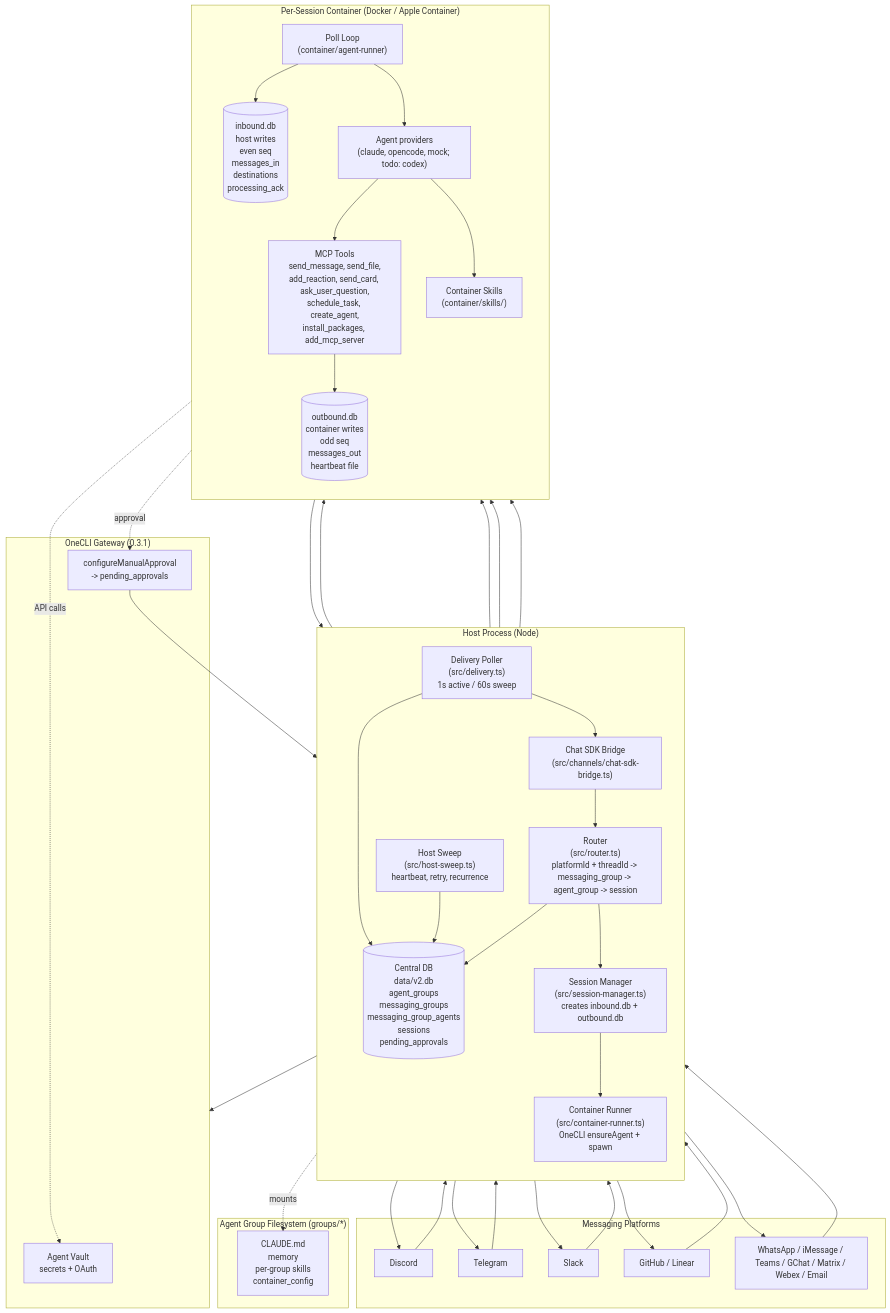
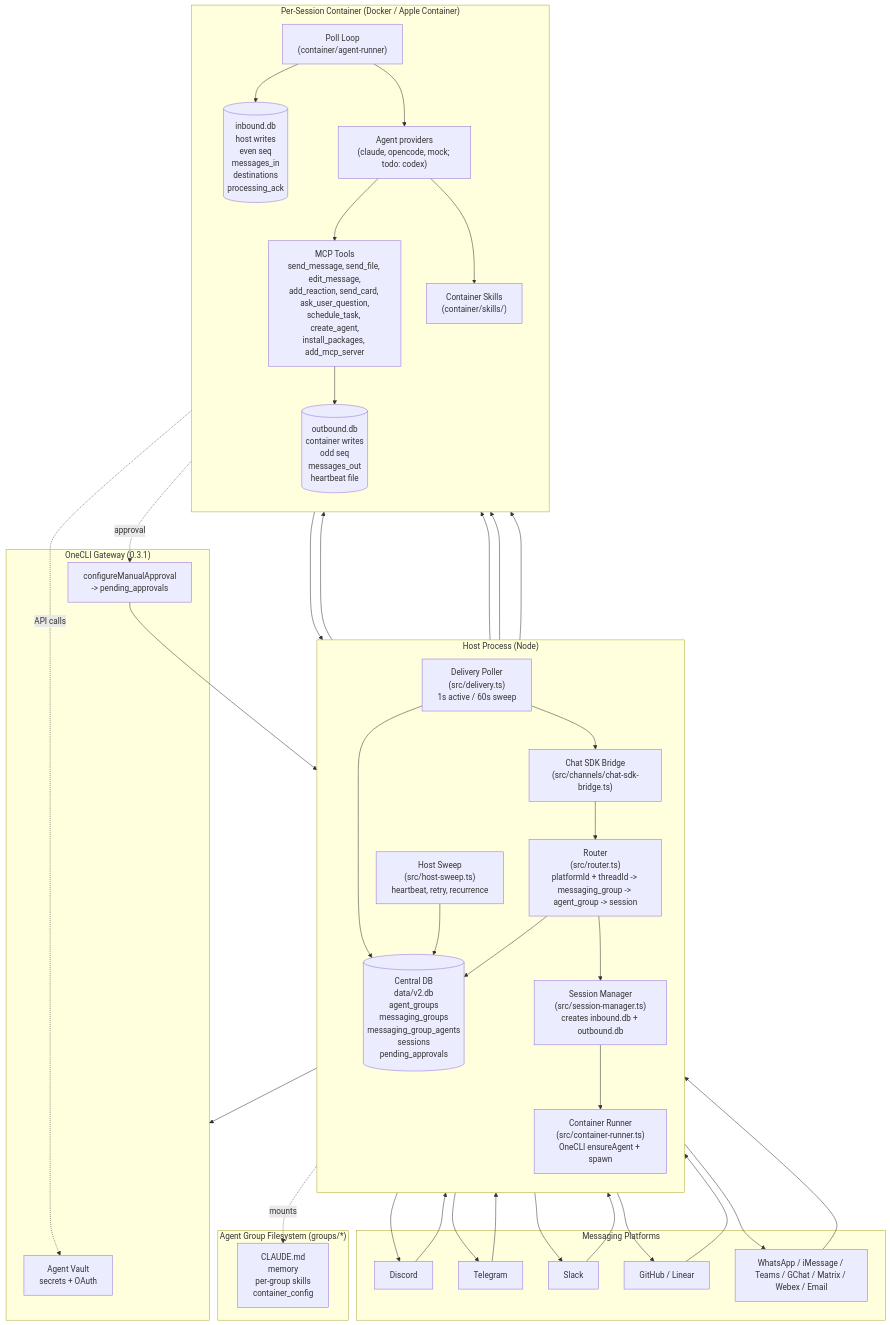
Before and after one commit to slang-coworkers/nanoclaw: the first of 5 diagrams in docs/architecture-diagram.md, drawn with Mermaid. The commit also changed 416 other files, not shown here.

````diff
--- a/docs/architecture-diagram.md
+++ b/docs/architecture-diagram.md
@@ -5,65 +5,65 @@
 ```mermaid
 flowchart TB
   subgraph Platforms["Messaging Platforms"]
     P1[Discord]
     P2[Telegram]
     P3[Slack]
     P4[GitHub / Linear]
     P5[WhatsApp / iMessage / Teams / GChat / Matrix / Webex / Email]
   end
 
   subgraph Host["Host Process (Node)"]
     direction TB
     Bridge["Chat SDK Bridge<br/>(src/channels/chat-sdk-bridge.ts)"]
     Router["Router<br/>(src/router.ts)<br/>platformId + threadId -> messaging_group -> agent_group -> session"]
     SessMgr["Session Manager<br/>(src/session-manager.ts)<br/>creates inbound.db + outbound.db"]
     Runner["Container Runner<br/>(src/container-runner.ts)<br/>OneCLI ensureAgent + spawn"]
     Delivery["Delivery Poller<br/>(src/delivery.ts)<br/>1s active / 60s sweep"]
     Sweep["Host Sweep<br/>(src/host-sweep.ts)<br/>heartbeat, retry, recurrence"]
     Central[("Central DB<br/>data/v2.db<br/>agent_groups<br/>messaging_groups<br/>messaging_group_agents<br/>sessions<br/>pending_approvals")]
   end
 
   subgraph OneCLI["OneCLI Gateway (0.3.1)"]
     Vault["Agent Vault<br/>secrets + OAuth"]
     Approvals["configureManualApproval<br/>-> pending_approvals"]
   end
 
   subgraph Session["Per-Session Container (Docker / Apple Container)"]
     direction TB
     PollLoop["Poll Loop<br/>(container/agent-runner)"]
     Provider["Agent providers<br/>(claude, opencode, mock; todo: codex)"]
-    MCP["MCP Tools<br/>send_message, send_file,<br/>add_reaction, send_card, ask_user_question,<br/>schedule_task, create_agent,<br/>install_packages, add_mcp_server"]
+    MCP["MCP Tools<br/>send_message, send_file, edit_message,<br/>add_reaction, send_card, ask_user_question,<br/>schedule_task, create_agent,<br/>install_packages, add_mcp_server"]
     Skills["Container Skills<br/>(container/skills/)"]
     InDB[("inbound.db<br/>host writes<br/>even seq<br/>messages_in<br/>destinations<br/>processing_ack")]
     OutDB[("outbound.db<br/>container writes<br/>odd seq<br/>messages_out<br/>heartbeat file")]
   end
 
   subgraph Groups["Agent Group Filesystem (groups/*)"]
     Folder["CLAUDE.md<br/>memory<br/>per-group skills<br/>container_config"]
   end
 
   P1 & P2 & P3 & P4 & P5 --> Bridge
   Bridge --> Router
   Router --> Central
   Router --> SessMgr
   SessMgr --> InDB
   SessMgr --> Runner
   Runner --> OneCLI
   Runner --> PollLoop
   PollLoop --> InDB
   PollLoop --> Provider
   Provider --> MCP
   Provider --> Skills
   MCP --> OutDB
   OutDB --> Delivery
   Delivery --> Central
   Delivery --> Bridge
   Bridge --> P1 & P2 & P3 & P4 & P5
   Sweep --> InDB
   Sweep --> OutDB
   Sweep --> Central
   Runner -.mounts.-> Folder
   MCP -.approval.-> Approvals
   Approvals --> Central
   Provider -.API calls.-> Vault
 ```
````
